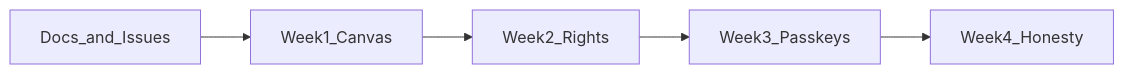
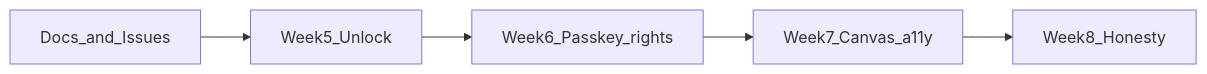
Before and after one commit to sebbeflebbe/penumbra: the diagram in docs/roadmap.md, drawn with Mermaid. The commit also changed other lines of this file and 3 other files, not shown here.

First line of the commit message:
Publish the Weeks 5–8 roadmap as a docs-only patch.

````diff
--- a/docs/roadmap.md
+++ b/docs/roadmap.md
@@ -10,7 +9,7 @@
 ```mermaid
 flowchart LR
-  capture[Docs_and_Issues] --> w1[Week1_Canvas]
-  w1 --> w2[Week2_Rights]
-  w2 --> w3[Week3_Passkeys]
-  w3 --> w4[Week4_Honesty]
+  spec[Docs_and_Issues] --> w5[Week5_Unlock]
+  w5 --> w6[Week6_Passkey_rights]
+  w6 --> w7[Week7_Canvas_a11y]
+  w7 --> w8[Week8_Honesty]
 ```
````
